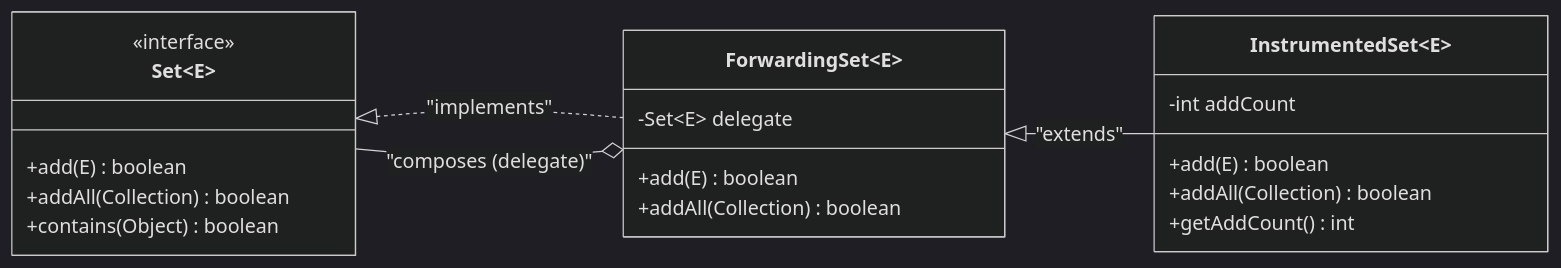
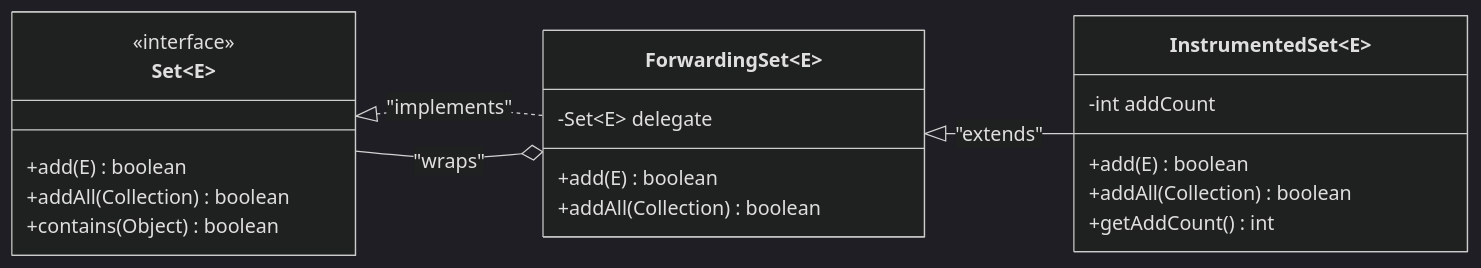
One commit to ravishankar2463/java_hub changed the third of 4 diagrams in content/roadmap/level-1/composition-over-inheritance.md. Above: the diagram before and after it, drawn with Mermaid (dark theme). The commit also changed other lines of this file and 119 other files, not shown here.

Commit message:
feat: add comprehensive java learning roadmap content across multiple levels

````diff
--- a/content/roadmap/level-1/composition-over-inheritance.md
+++ b/content/roadmap/level-1/composition-over-inheritance.md
@@ -195,27 +164,27 @@
 ```mermaid
 classDiagram
     direction LR
     class Set~E~ {
         <<interface>>
         +add(E) boolean
         +addAll(Collection) boolean
         +contains(Object) boolean
     }
 
     class ForwardingSet~E~ {
         -Set~E~ delegate
         +add(E) boolean
         +addAll(Collection) boolean
     }
 
     class InstrumentedSet~E~ {
         -int addCount
         +add(E) boolean
         +addAll(Collection) boolean
         +getAddCount() int
     }
 
     Set~E~ <|.. ForwardingSet~E~ : "implements"
     ForwardingSet~E~ <|-- InstrumentedSet~E~ : "extends"
-    ForwardingSet~E~ o-- Set~E~ : "composes (delegate)"
+    ForwardingSet~E~ o-- Set~E~ : "wraps"
 ```
````
